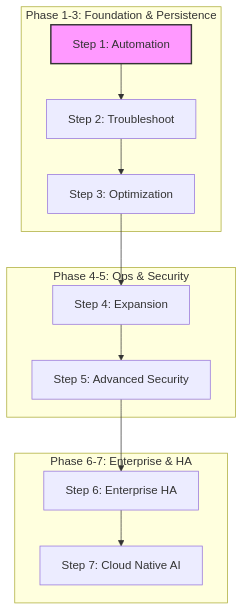
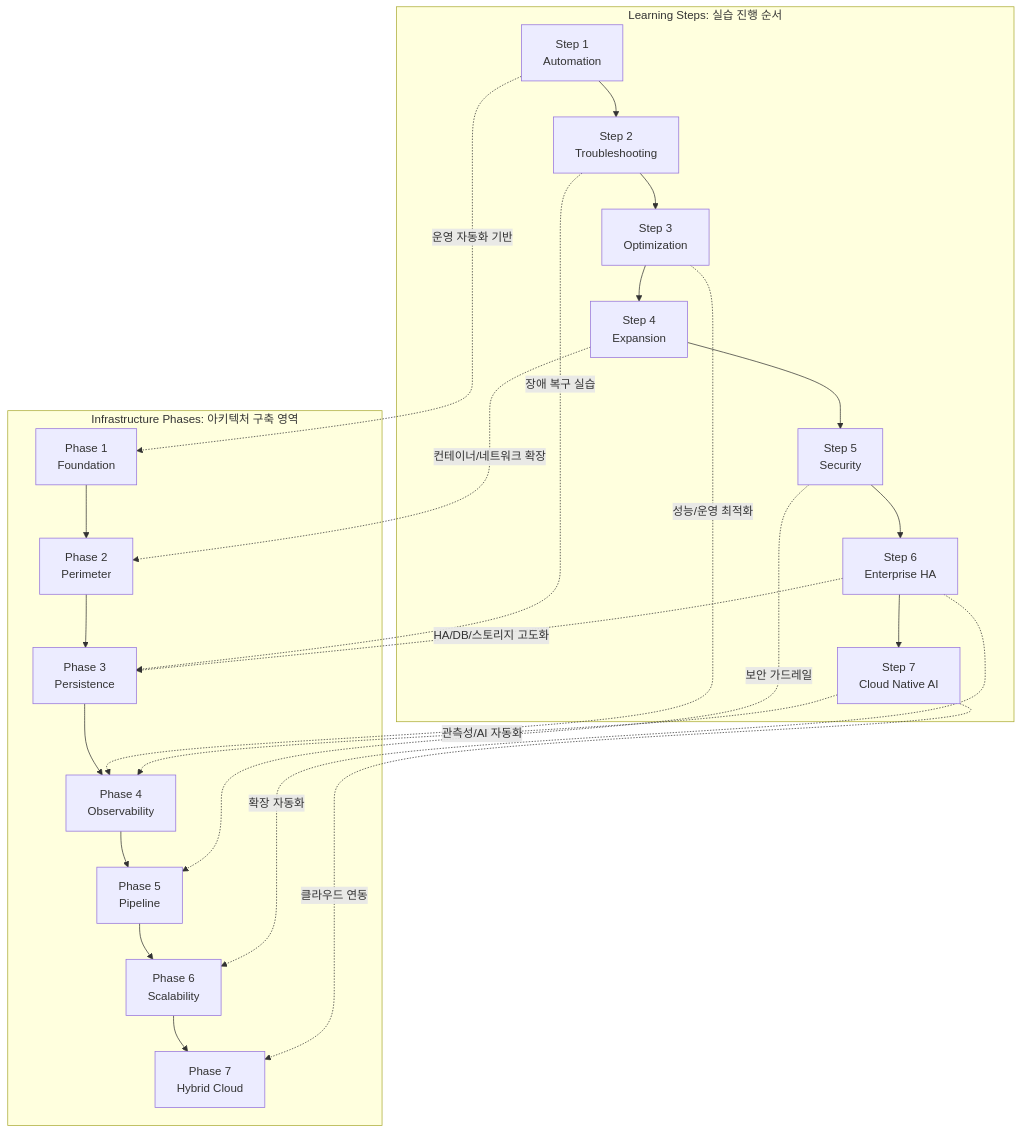
Before and after one commit to ksj686/cloud_infra: the diagram in README.md, drawn with Mermaid. The commit also changed other lines of this file and 17 other files, not shown here.

````diff
--- a/README.md
+++ b/README.md
@@ -11,16 +11,30 @@
 ```mermaid
 graph TD
-    subgraph "Phase 1-3: Foundation & Persistence"
-    S1[Step 1: Automation] --> S2[Step 2: Troubleshoot]
-    S2 --> S3[Step 3: Optimization]
+    subgraph LearningSteps["Learning Steps: 실습 진행 순서"]
+      S1["Step 1<br/>Automation"] --> S2["Step 2<br/>Troubleshooting"]
+      S2 --> S3["Step 3<br/>Optimization"]
+      S3 --> S4["Step 4<br/>Expansion"]
+      S4 --> S5["Step 5<br/>Security"]
+      S5 --> S6["Step 6<br/>Enterprise HA"]
+      S6 --> S7["Step 7<br/>Cloud Native AI"]
     end
-    subgraph "Phase 4-5: Ops & Security"
-    S3 --> S4[Step 4: Expansion]
-    S4 --> S5[Step 5: Advanced Security]
+
+    subgraph InfraPhases["Infrastructure Phases: 아키텍처 구축 영역"]
+      P1["Phase 1<br/>Foundation"] --> P2["Phase 2<br/>Perimeter"]
+      P2 --> P3["Phase 3<br/>Persistence"]
+      P3 --> P4["Phase 4<br/>Observability"]
+      P4 --> P5["Phase 5<br/>Pipeline"]
+      P5 --> P6["Phase 6<br/>Scalability"]
+      P6 --> P7["Phase 7<br/>Hybrid Cloud"]
     end
-    subgraph "Phase 6-7: Enterprise & HA"
-    S5 --> S6[Step 6: Enterprise HA]
-    S6 --> S7[Step 7: Cloud Native AI]
-    end
-    style S1 fill:#f9f,stroke:#333,stroke-width:2px
+
+    S1 -.운영 자동화 기반.-> P1
+    S2 -.장애 복구 실습.-> P3
+    S3 -.성능/운영 최적화.-> P4
+    S4 -.컨테이너/네트워크 확장.-> P2
+    S5 -.보안 가드레일.-> P5
+    S6 -.HA/DB/스토리지 고도화.-> P3
+    S6 -.확장 자동화.-> P6
+    S7 -.관측성/AI 자동화.-> P4
+    S7 -.클라우드 연동.-> P7
 ```
````
